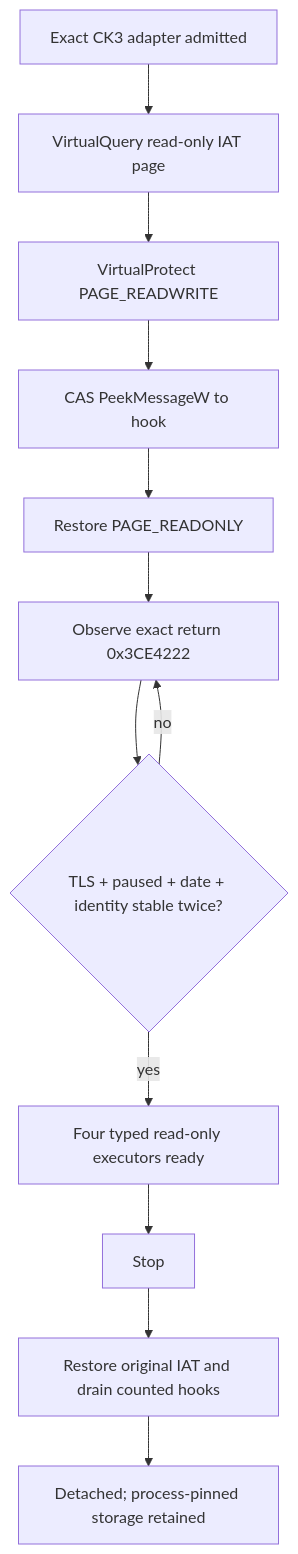
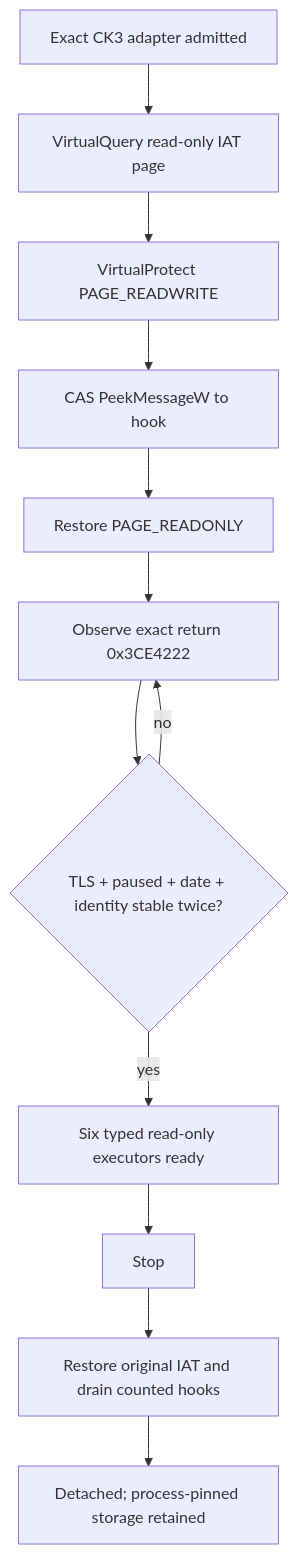
Before and after one commit to XenoAmess/ck3_eternal_recurrence: the first of 2 diagrams in docs/ck3-native-ai/main-thread-query-mailbox.md, drawn with Mermaid. The commit also changed other lines of this file and 67 other files, not shown here.

````diff
--- a/docs/ck3-native-ai/main-thread-query-mailbox.md
+++ b/docs/ck3-native-ai/main-thread-query-mailbox.md
@@ -77,14 +82,14 @@
 ```mermaid
 flowchart TD
     A[Exact CK3 adapter admitted] --> B[VirtualQuery read-only IAT page]
     B --> C[VirtualProtect PAGE_READWRITE]
     C --> D[CAS PeekMessageW to hook]
     D --> E[Restore PAGE_READONLY]
     E --> F[Observe exact return 0x3CE4222]
     F --> G{TLS + paused + date + identity stable twice?}
     G -- no --> F
-    G -- yes --> H[Four typed read-only executors ready]
+    G -- yes --> H[Six typed read-only executors ready]
     H --> I[Stop]
     I --> J[Restore original IAT and drain counted hooks]
     J --> K[Detached; process-pinned storage retained]
 ```
````
